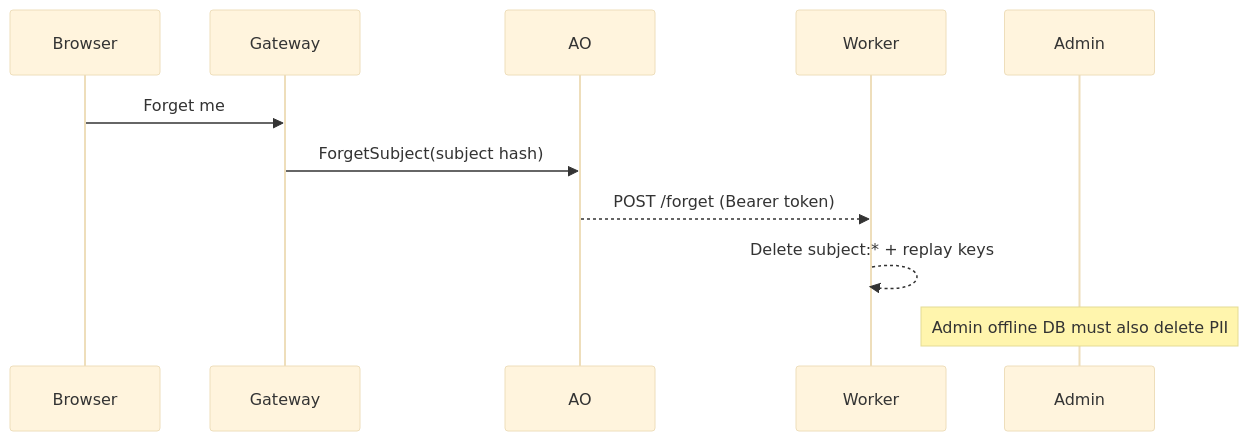
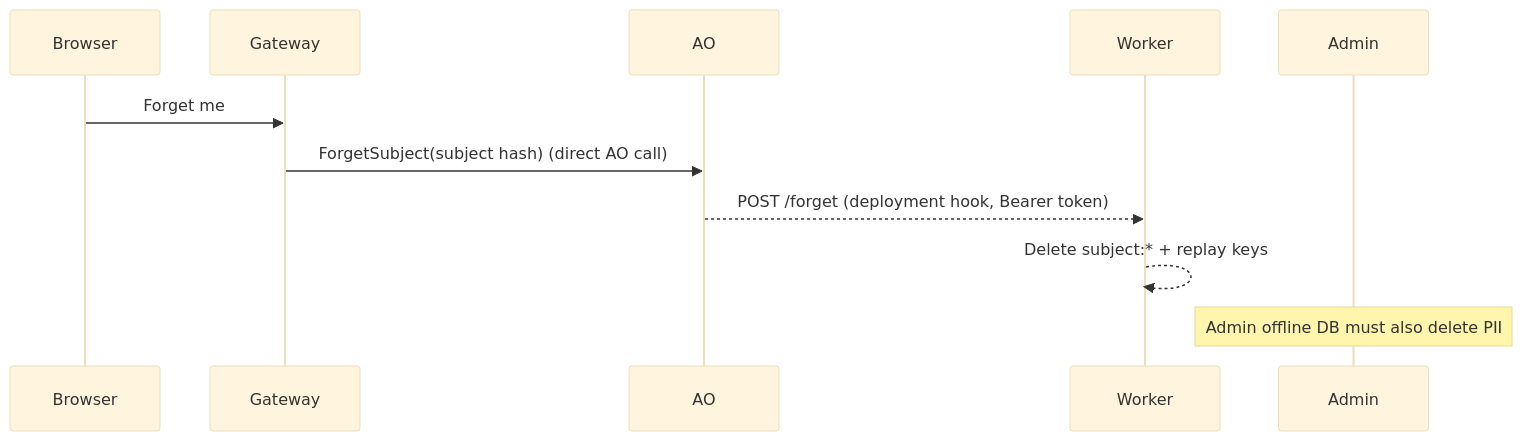
The fourth of 5 diagrams in docs/architecture/06-flows.md (Vito416/blackcat-darkmesh-ao), drawn with Mermaid (base theme) before and after one commit. The commit also changed other lines of this file and 58 other files, not shown here.

````diff
--- a/docs/architecture/06-flows.md
+++ b/docs/architecture/06-flows.md
@@ -65,12 +73,12 @@
 ```mermaid
 sequenceDiagram
   participant B as Browser
   participant G as Gateway
   participant AO as AO
   participant W as Worker
   B->>G: Forget me
-  G->>AO: ForgetSubject(subject hash)
-  AO-->>W: POST /forget (Bearer token)
+  G->>AO: ForgetSubject(subject hash) (direct AO call)
+  AO-->>W: POST /forget (deployment hook, Bearer token)
   W-->>W: Delete subject:* + replay keys
   note over Admin: Admin offline DB must also delete PII
 ```
````
